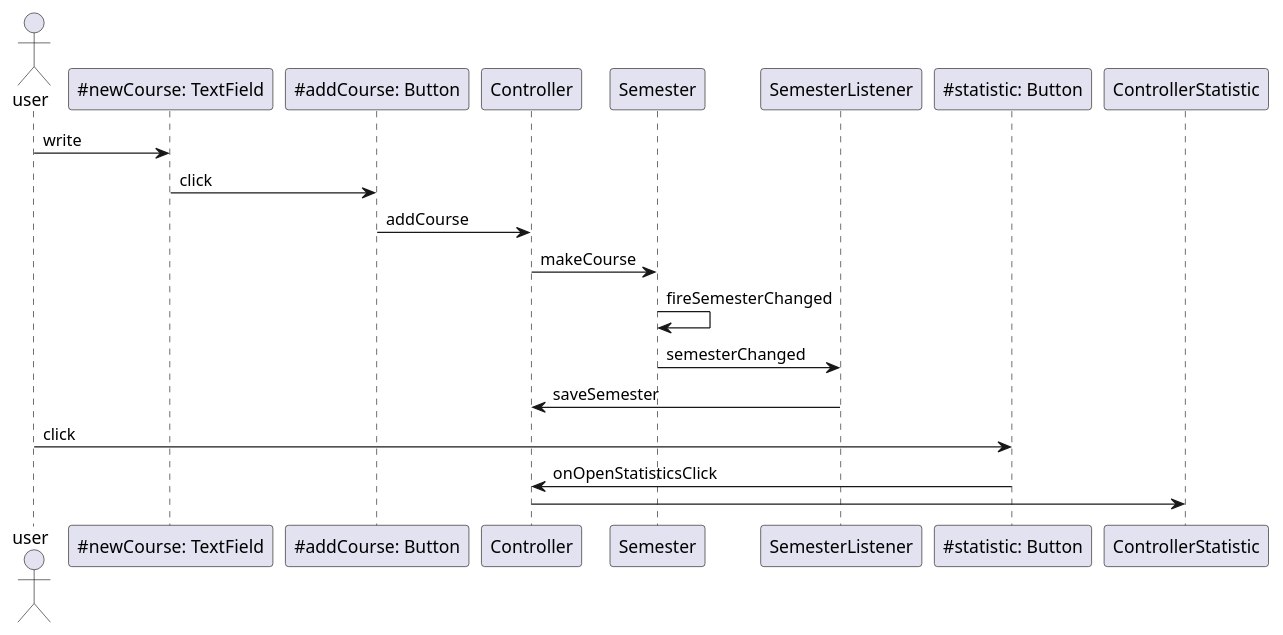
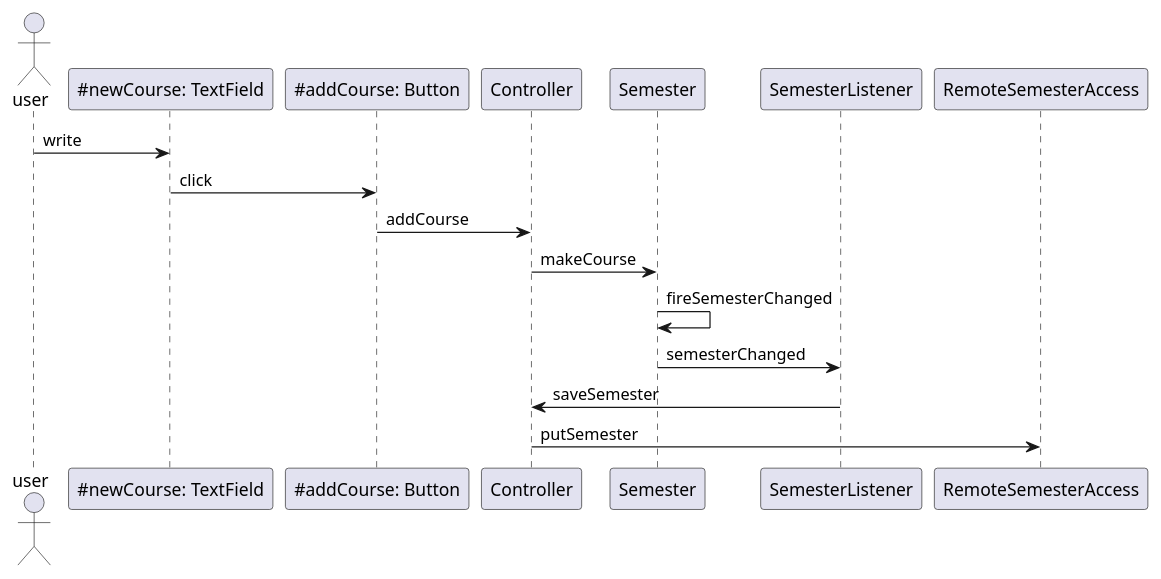
The fourth of 5 diagrams in IT1901/README.md (bmksimons/studytracker), drawn with PlantUML before and after one commit.

````diff
--- a/IT1901/README.md
+++ b/IT1901/README.md
@@ -209,20 +209,14 @@
 ``` plantuml
 @startuml
 actor user
 user -> "~#newCourse: TextField" as newCourse: write
 newCourse -> "~#addCourse: Button" as addCourse: click
 addCourse -> Controller: addCourse
 Controller -> Semester: makeCourse
 Semester -> Semester: fireSemesterChanged
 Semester -> SemesterListener: semesterChanged
 SemesterListener -> Controller: saveSemester
-
-user -> "~#statistic: Button" as statistic: click
-statistic -> Controller: onOpenStatisticsClick
-Controller -> ControllerStatistic
-
-
-
+Controller -> RemoteSemesterAccess: putSemester
 
 @enduml
 ```
````
